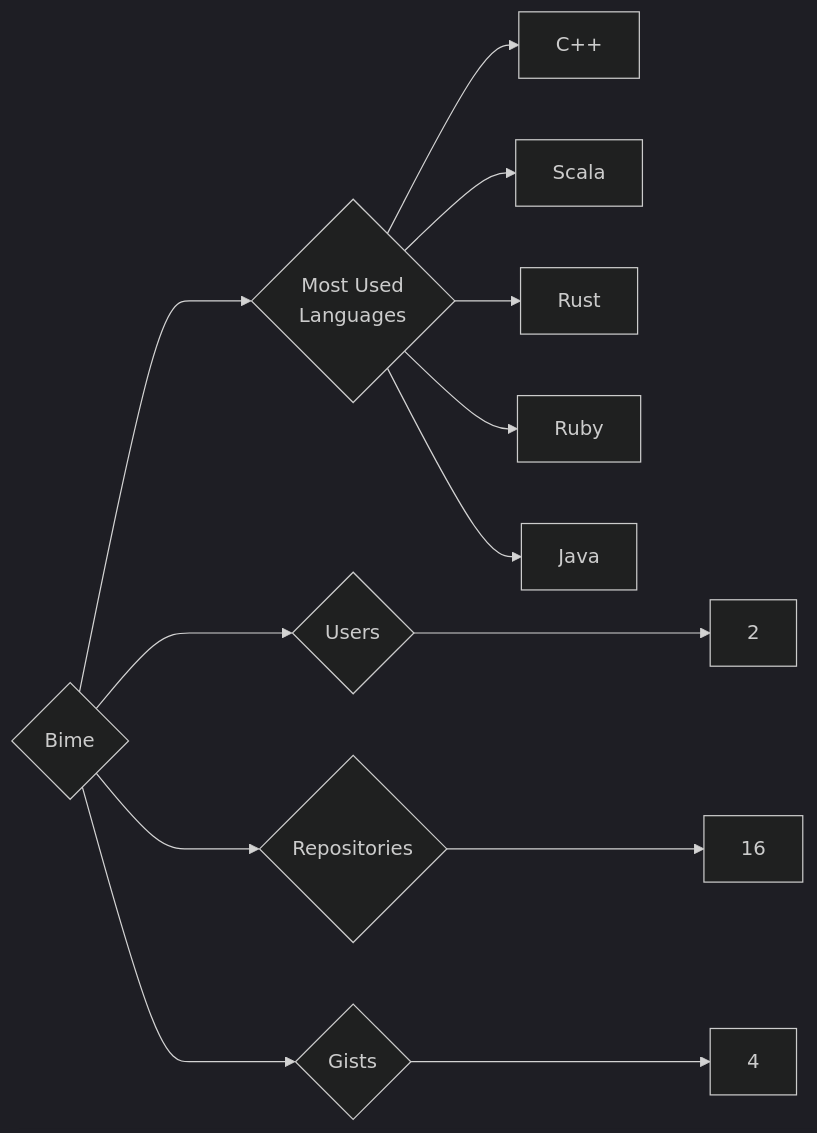
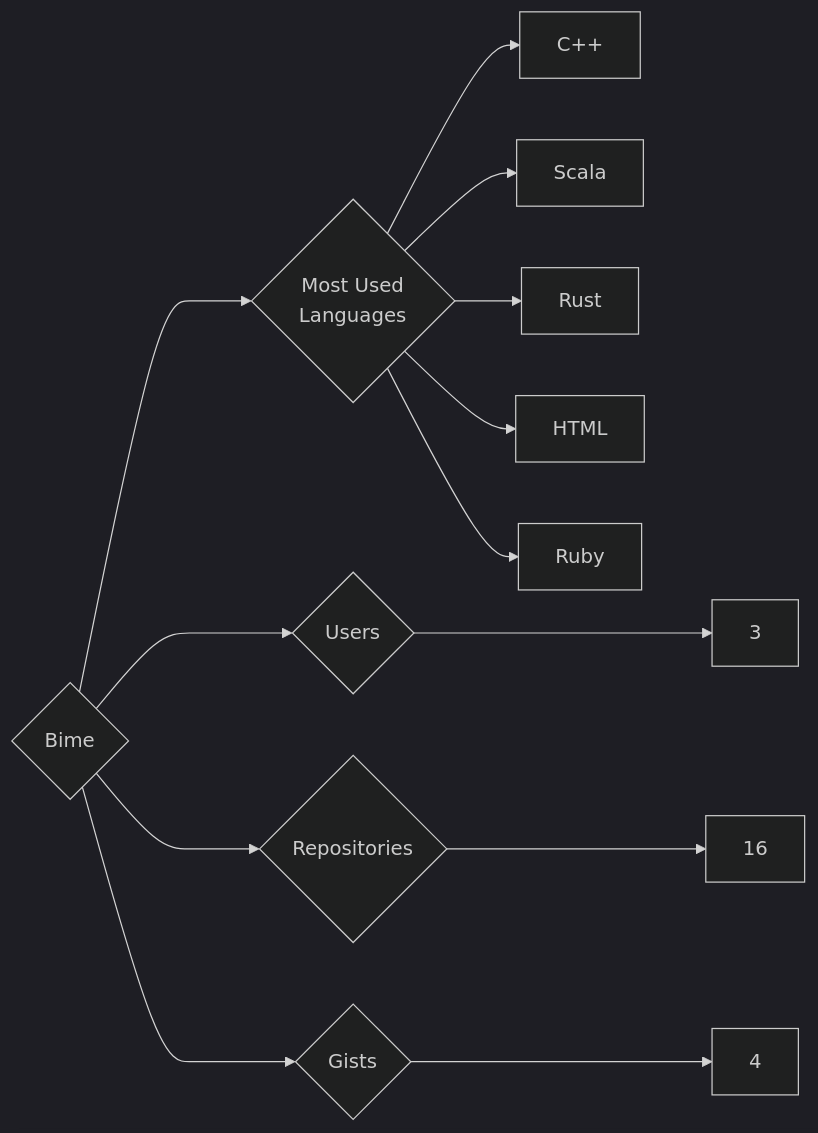
Before and after one commit to trickest/insiders: the diagram in targets/Bime/README.md, drawn with Mermaid (dark theme). The commit also changed 611 other files, not shown here.

````diff
--- a/targets/Bime/README.md
+++ b/targets/Bime/README.md
@@ -3,13 +3,13 @@
 ```mermaid
 graph LR
 COMPANY_NAME{Bime}
-COMPANY_NAME ---> U{Users} ---> UN[2]
+COMPANY_NAME ---> U{Users} ---> UN[3]
 COMPANY_NAME ---> R{Repositories} ---> RN[16]
 COMPANY_NAME ---> G{Gists} ---> GN[4]
 COMPANY_NAME ---> ML{Most Used<br>Languages}
 ML --> C++[C++]
 ML --> Scala[Scala]
 ML --> Rust[Rust]
+ML --> HTML[HTML]
 ML --> Ruby[Ruby]
-ML --> Java[Java]
 ```
````
